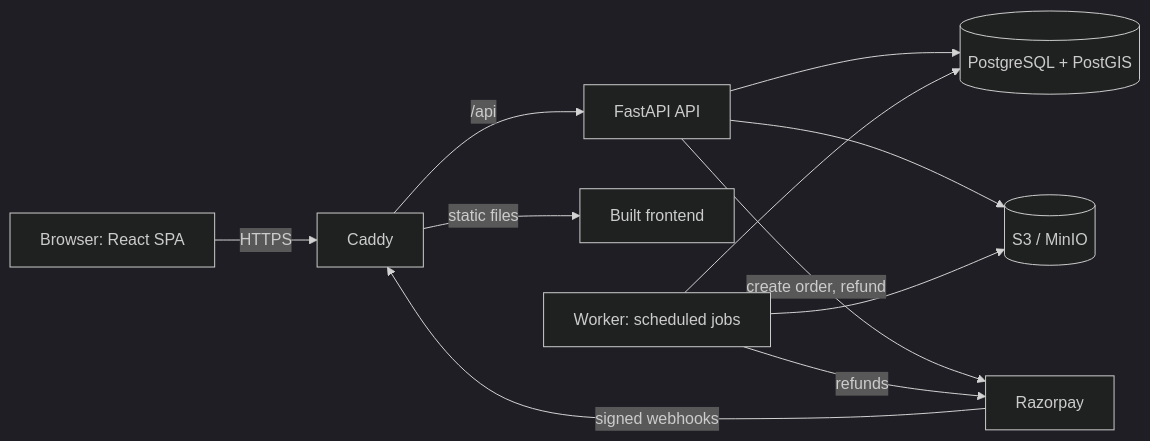
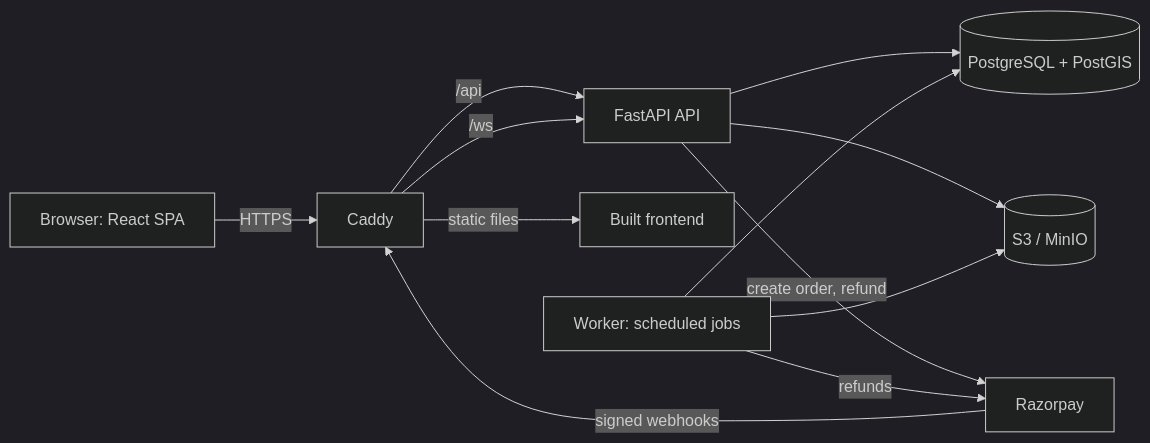
The diagram in README.md (areyypriyanshu/smart-printing-network), drawn with Mermaid (dark theme) before and after one commit. The commit also changed other lines of this file, not shown here.

````diff
--- a/README.md
+++ b/README.md
@@ -51,13 +53,14 @@
 ```mermaid
 flowchart LR
   B[Browser: React SPA] -->|HTTPS| C[Caddy]
   C -->|/api| A[FastAPI API]
+  C -->|/ws| A
   C -->|static files| F[Built frontend]
   A --> D[(PostgreSQL + PostGIS)]
   A --> S[(S3 / MinIO)]
   A -->|create order, refund| R[Razorpay]
   R -->|signed webhooks| C
   W[Worker: scheduled jobs] --> D
   W --> S
   W -->|refunds| R
 ```
````
